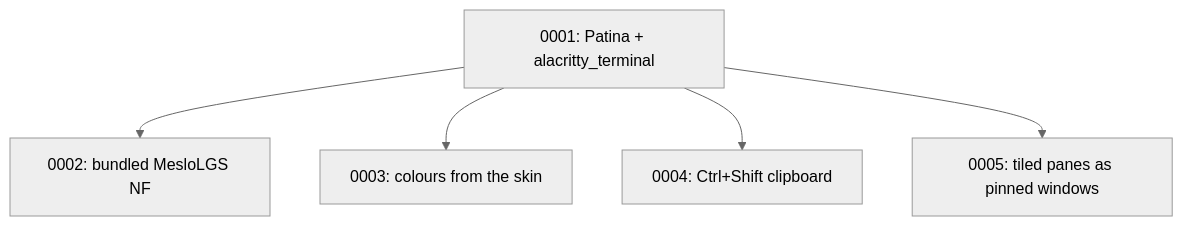
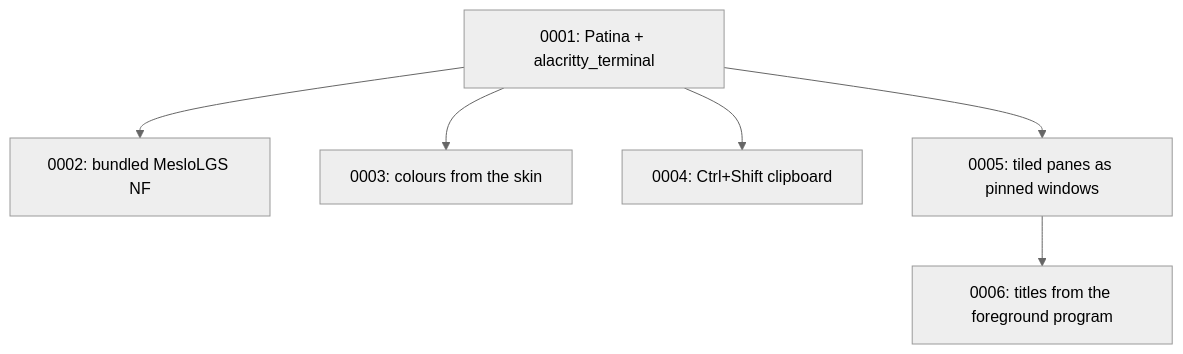
One commit to Sector-F-Labs/teleprinter changed the diagram in docs/adr/README.md. Above: the diagram before and after it, drawn with Mermaid (neutral theme). The commit also changed other lines of this file and 10 other files, not shown here.

First line of the commit message:
Title panes after their foreground program, as tmux does

````diff
--- a/docs/adr/README.md
+++ b/docs/adr/README.md
@@ -53,7 +54,8 @@
 ```mermaid
 flowchart TD
     A[0001: Patina + alacritty_terminal] --> B[0002: bundled MesloLGS NF]
     A --> C[0003: colours from the skin]
     A --> D[0004: Ctrl+Shift clipboard]
     A --> E[0005: tiled panes as pinned windows]
+    E --> F[0006: titles from the foreground program]
 ```
````
